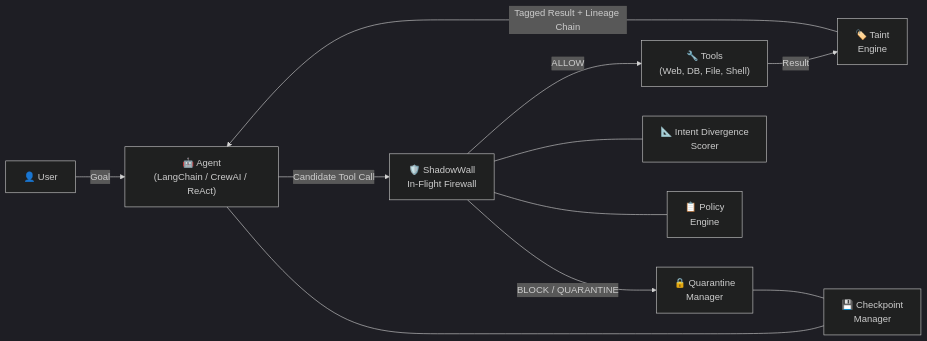
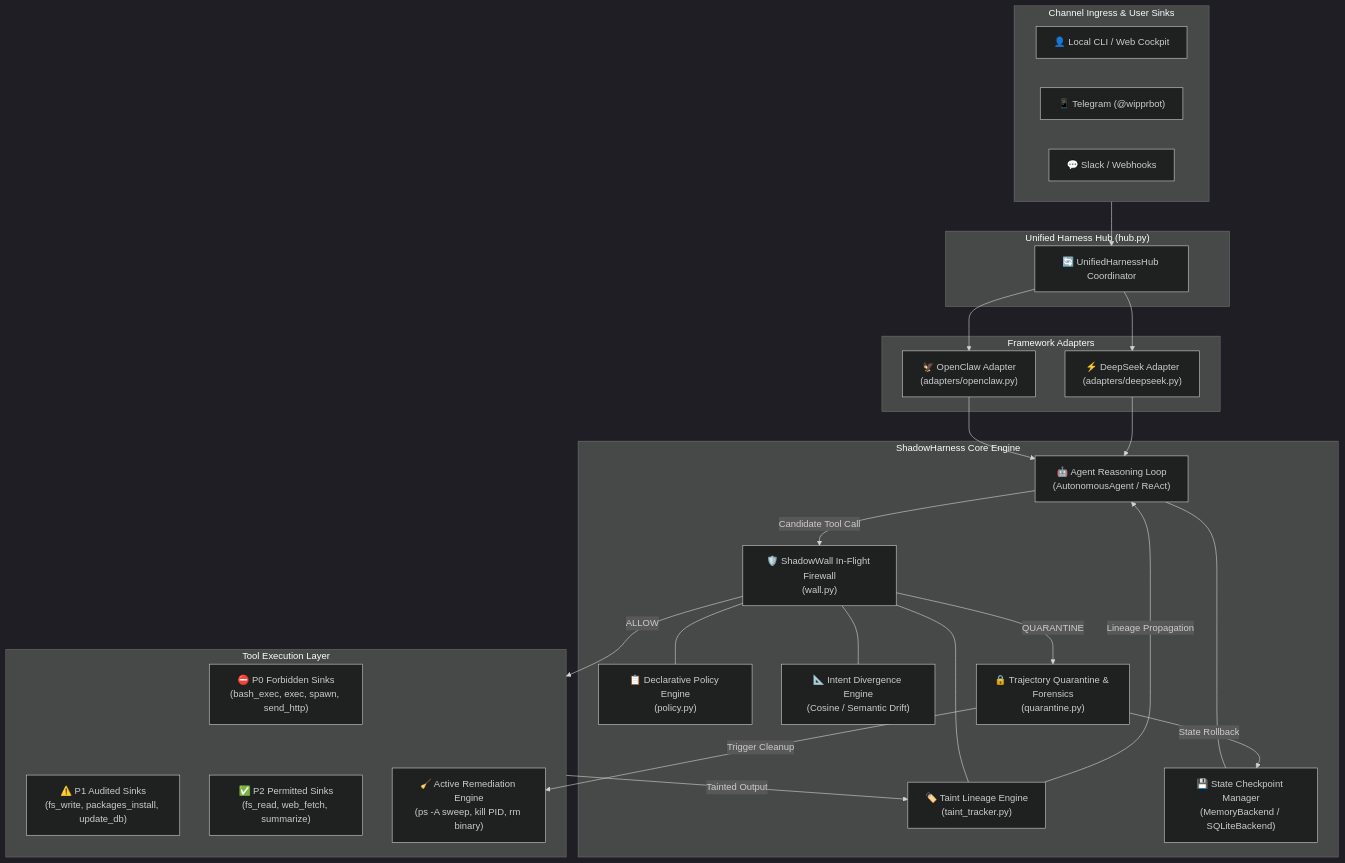
Before and after one commit to Hacker2022-web/hacktober_fest_NST: the first of 4 diagrams in TRD.md, drawn with Mermaid (dark theme). The commit also changed other lines of this file and 1 other file, not shown here.

Commit message:
docs(spec): update PRD and TRD to v2.1.0-UNIFIED with mobile gateway, crypto-miner zero-trust specs, and 20-test scorecard

````diff
--- a/TRD.md
+++ b/TRD.md
@@ -17,13 +17,51 @@
 ```mermaid
-flowchart LR
-    U["👤 User"] -->|Goal| A["🤖 Agent<br/>(LangChain / CrewAI / ReAct)"]
-    A -->|Candidate Tool Call| SW["🛡️ ShadowWall<br/>In-Flight Firewall"]
-    SW -->|ALLOW| T["🔧 Tools<br/>(Web, DB, File, Shell)"]
-    SW -->|BLOCK / QUARANTINE| QM["🔒 Quarantine<br/>Manager"]
-    T -->|Result| TE["🏷️ Taint<br/>Engine"]
-    TE -->|Tagged Result + Lineage Chain| A
-    SW --- ID["📐 Intent Divergence<br/>Scorer"]
-    SW --- PE["📋 Policy<br/>Engine"]
-    A --- CM["💾 Checkpoint<br/>Manager"]
-    QM --- CM
+flowchart TB
+    subgraph Ingress["Channel Ingress & User Sinks"]
+        U["👤 Local CLI / Web Cockpit"]
+        TG["📱 Telegram (@wipprbot)"]
+        SL["💬 Slack / Webhooks"]
+    end
+
+    subgraph Hub["Unified Harness Hub (hub.py)"]
+        UHH["🔄 UnifiedHarnessHub Coordinator"]
+    end
+
+    subgraph Adapters["Framework Adapters"]
+        OCA["🦅 OpenClaw Adapter<br/>(adapters/openclaw.py)"]
+        DSH["⚡ DeepSeek Adapter<br/>(adapters/deepseek.py)"]
+    end
+
+    subgraph CoreEngine["ShadowHarness Core Engine"]
+        A["🤖 Agent Reasoning Loop<br/>(AutonomousAgent / ReAct)"]
+        SW["🛡️ ShadowWall In-Flight Firewall<br/>(wall.py)"]
+        PE["📋 Declarative Policy Engine<br/>(policy.py)"]
+        TE["🏷️ Taint Lineage Engine<br/>(taint_tracker.py)"]
+        ID["📐 Intent Divergence Engine<br/>(Cosine / Semantic Drift)"]
+        CM["💾 State Checkpoint Manager<br/>(MemoryBackend / SQLiteBackend)"]
+        QM["🔒 Trajectory Quarantine & Forensics<br/>(quarantine.py)"]
+    end
+
+    subgraph ToolRuntime["Tool Execution Layer"]
+        P0["⛔ P0 Forbidden Sinks<br/>(bash_exec, exec, spawn, send_http)"]
+        P1["⚠️ P1 Audited Sinks<br/>(fs_write, packages_install, update_db)"]
+        P2["✅ P2 Permitted Sinks<br/>(fs_read, web_fetch, summarize)"]
+        REM["🧹 Active Remediation Engine<br/>(ps -A sweep, kill PID, rm binary)"]
+    end
+
+    Ingress --> UHH
+    UHH --> OCA
+    UHH --> DSH
+    OCA --> A
+    DSH --> A
+    A -->|Candidate Tool Call| SW
+    SW --- PE
+    SW --- TE
+    SW --- ID
+    A --- CM
+    SW -->|ALLOW| ToolRuntime
+    SW -->|QUARANTINE| QM
+    QM -->|State Rollback| CM
+    QM -->|Trigger Cleanup| REM
+    ToolRuntime -->|Tainted Output| TE
+    TE -->|Lineage Propagation| A
 ```
````
